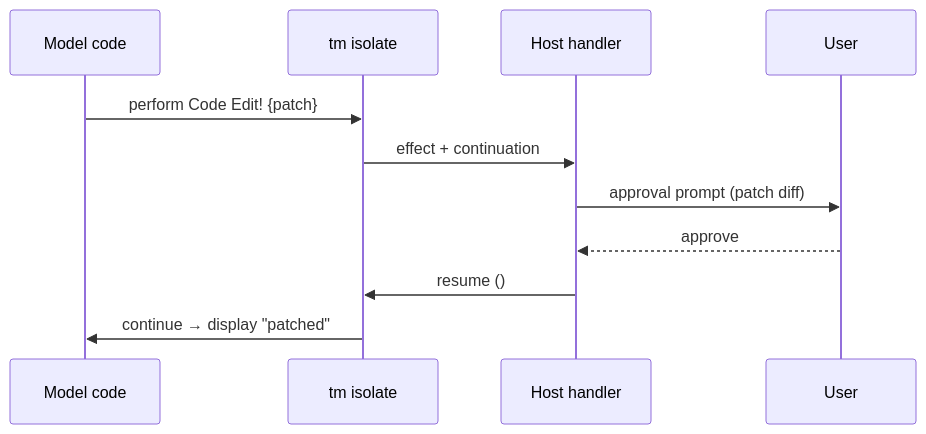
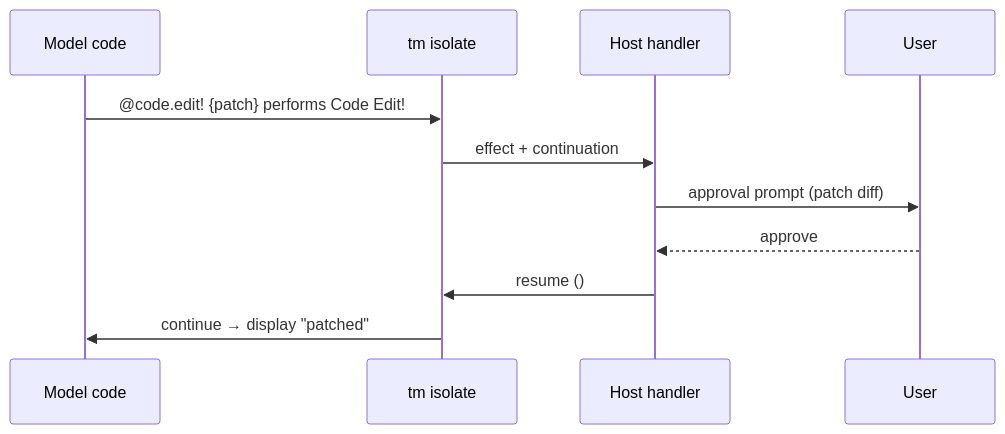
One commit to mozufu/TempestMiku changed the diagram in docs/design/tm/03-effects-approval.md. Above: the diagram before and after it, drawn with Mermaid. The commit also changed other lines of this file and 4 other files, not shown here.

````diff
--- a/docs/design/tm/03-effects-approval.md
+++ b/docs/design/tm/03-effects-approval.md
@@ -83,13 +91,13 @@
 ```mermaid
 sequenceDiagram
   participant M as Model code
   participant I as tm isolate
   participant H as Host handler
   participant U as User
-  M->>I: perform Code Edit! {patch}
+  M->>I: @code.edit! {patch} performs Code Edit!
   I->>H: effect + continuation
   H->>U: approval prompt (patch diff)
   U-->>H: approve
   H->>I: resume ()
   I->>M: continue → display "patched"
 ```
````
